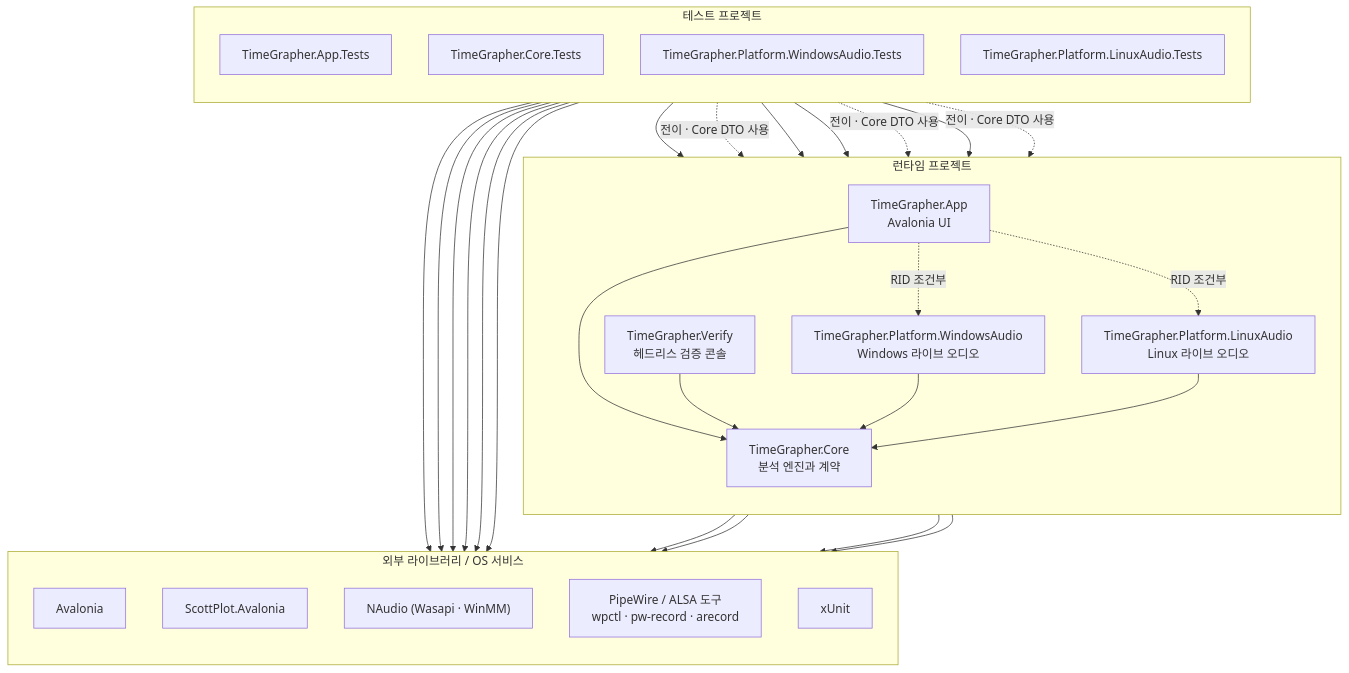
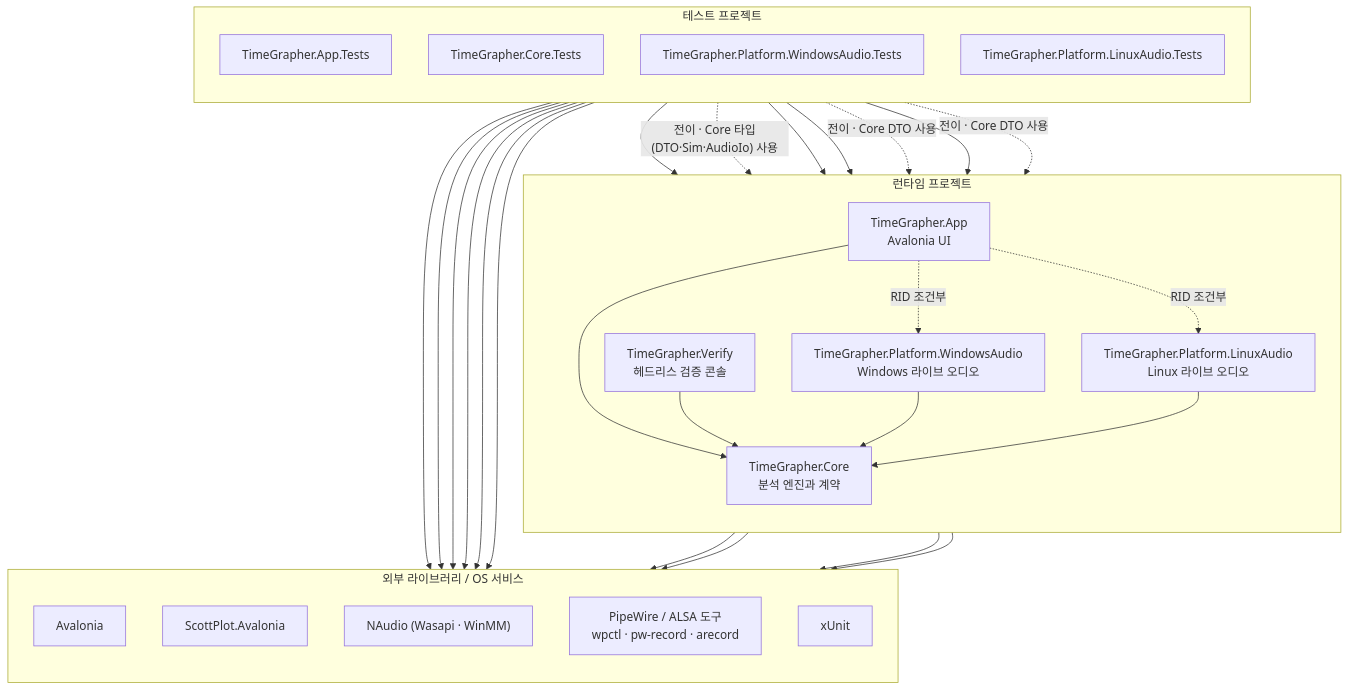
Before and after one commit to Jae-hong-5/TimeGrapher-Net: the first of 3 diagrams in docs/for-ai/MODULE_USES_VIEW.md, drawn with Mermaid. The commit also changed other lines of this file, not shown here.

First line of the commit message:
docs(module-uses): record ViewModels->Core.Analysis and App.Tests Core use

````diff
--- a/docs/for-ai/MODULE_USES_VIEW.md
+++ b/docs/for-ai/MODULE_USES_VIEW.md
@@ -9,54 +9,54 @@
 ```mermaid
 flowchart TB
     subgraph Runtime["런타임 프로젝트"]
         direction TB
         App["TimeGrapher.App<br/>Avalonia UI"]
         Verify["TimeGrapher.Verify<br/>헤드리스 검증 콘솔"]
         WindowsAudio["TimeGrapher.Platform.WindowsAudio<br/>Windows 라이브 오디오"]
         LinuxAudio["TimeGrapher.Platform.LinuxAudio<br/>Linux 라이브 오디오"]
         Core["TimeGrapher.Core<br/>분석 엔진과 계약"]
     end
 
     subgraph Tests["테스트 프로젝트"]
         direction TB
         AppTests["TimeGrapher.App.Tests"]
         CoreTests["TimeGrapher.Core.Tests"]
         WindowsAudioTests["TimeGrapher.Platform.WindowsAudio.Tests"]
         LinuxAudioTests["TimeGrapher.Platform.LinuxAudio.Tests"]
     end
 
     subgraph External["외부 라이브러리 / OS 서비스"]
         direction TB
         Avalonia["Avalonia"]
         ScottPlot["ScottPlot.Avalonia"]
         NAudio["NAudio (Wasapi · WinMM)"]
         LinuxAudioStack["PipeWire / ALSA 도구<br/>wpctl · pw-record · arecord"]
         Xunit["xUnit"]
     end
 
     App --> Core
     App -. "RID 조건부" .-> WindowsAudio
     App -. "RID 조건부" .-> LinuxAudio
     Verify --> Core
     WindowsAudio --> Core
     LinuxAudio --> Core
 
     AppTests --> App
-    AppTests -. "전이 · Core DTO 사용" .-> Core
+    AppTests -. "전이 · Core 타입(DTO·Sim·AudioIo) 사용" .-> Core
     CoreTests --> Core
     WindowsAudioTests --> WindowsAudio
     WindowsAudioTests -. "전이 · Core DTO 사용" .-> Core
     LinuxAudioTests --> LinuxAudio
     LinuxAudioTests -. "전이 · Core DTO 사용" .-> Core
 
     App --> Avalonia
     App --> ScottPlot
     WindowsAudio --> NAudio
     LinuxAudio --> LinuxAudioStack
     AppTests --> Avalonia
     AppTests --> ScottPlot
     AppTests --> Xunit
     CoreTests --> Xunit
     WindowsAudioTests --> Xunit
     LinuxAudioTests --> Xunit
 ```
````
